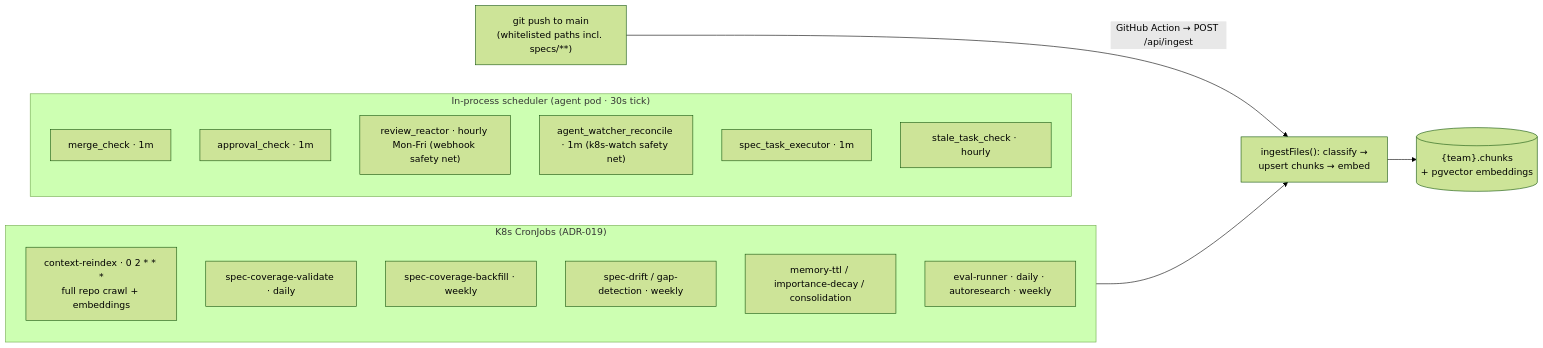
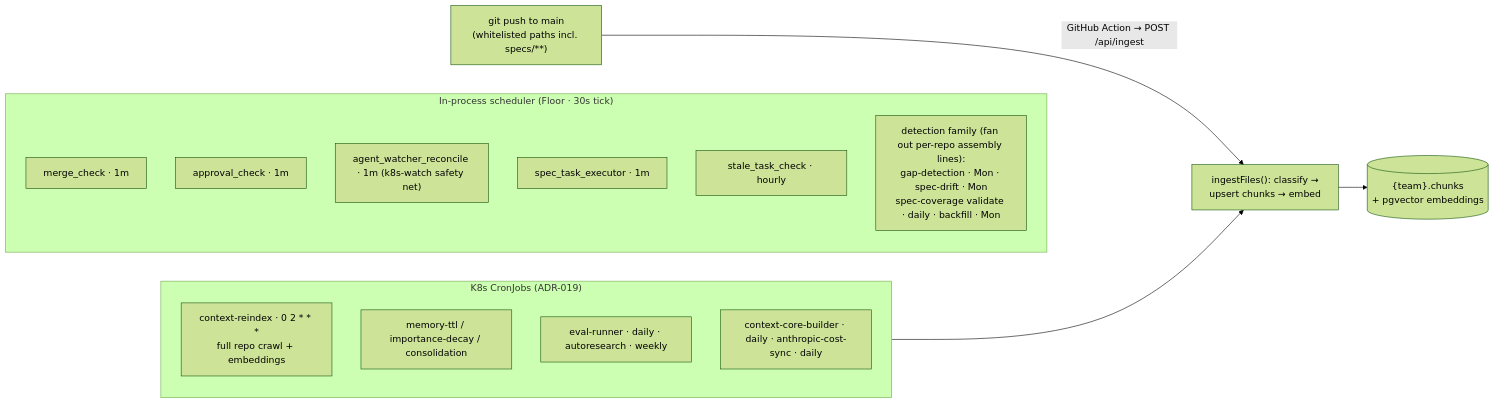
The third of 3 diagrams in docs/building-lore/architecture.md (re-cinq/lore), drawn with Mermaid (forest theme) before and after one commit. The commit also changed other lines of this file and 25 other files, not shown here.

````diff
--- a/docs/building-lore/architecture.md
+++ b/docs/building-lore/architecture.md
@@ -83,26 +82,24 @@
 ```mermaid
 flowchart LR
-    subgraph inproc["In-process scheduler (agent pod · 30s tick)"]
+    subgraph inproc["In-process scheduler (Floor · 30s tick)"]
         direction TB
         J1["merge_check · 1m"]
         J2["approval_check · 1m"]
-        J3["review_reactor · hourly Mon-Fri (webhook safety net)"]
         J4["agent_watcher_reconcile · 1m (k8s-watch safety net)"]
         J5["spec_task_executor · 1m"]
         J6["stale_task_check · hourly"]
+        J7["detection family (fan out per-repo assembly lines):<br/>gap-detection · Mon · spec-drift · Mon<br/>spec-coverage validate · daily · backfill · Mon"]
     end
 
     subgraph k8scron["K8s CronJobs (ADR-019)"]
         direction TB
         C1["context-reindex · 0 2 * * *<br/>full repo crawl + embeddings"]
-        C2["spec-coverage-validate · daily"]
-        C3["spec-coverage-backfill · weekly"]
-        C4["spec-drift / gap-detection · weekly"]
         C5["memory-ttl / importance-decay / consolidation"]
         C6["eval-runner · daily · autoresearch · weekly"]
+        C7["context-core-builder · daily · anthropic-cost-sync · daily"]
     end
 
     PUSH["git push to main<br/>(whitelisted paths incl. specs/**)"] -->|"GitHub Action → POST /api/ingest"| ING["ingestFiles(): classify →<br/>upsert chunks → embed"]
     C1 --> ING
     ING --> DB[("{team}.chunks<br/>+ pgvector embeddings")]
 ```
````
